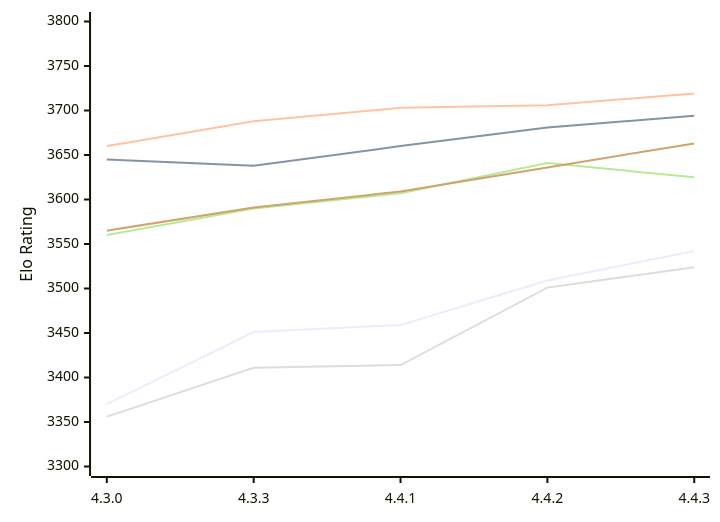
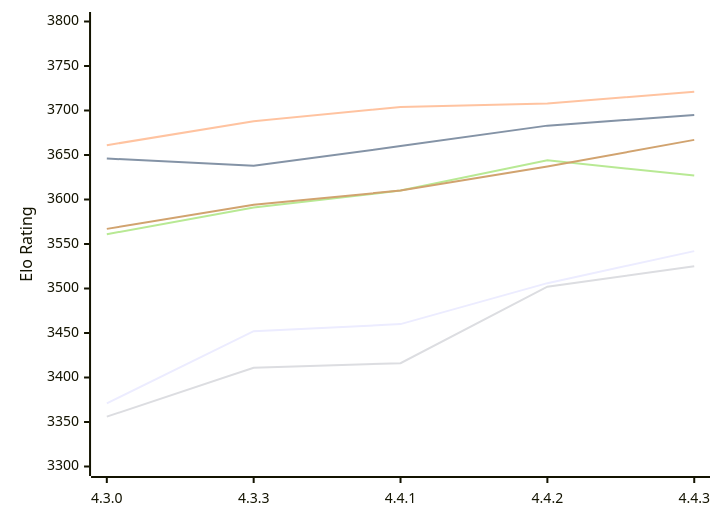
Before and after one commit to computer-chess-index/cci: the first of 2 diagrams in engines/Gaia.md, drawn with Mermaid. The commit also changed other lines of this file, not shown here.

Commit message:
Update CCI Ratings (ELO VLTC) - 2026-11-17

````diff
--- a/engines/Gaia.md
+++ b/engines/Gaia.md
@@ -61,12 +61,12 @@
 ```mermaid
 %%{init: {"theme":"base","themeVariables":{"seriesColors:['#a3a3a3','#222221','#faa371']}}}%%
 xychart-beta
   x-axis ["4.3.0", "4.3.3", "4.4.1", "4.4.2", "4.4.3"]
   y-axis "Elo Rating" 3300 --> 3800
-  line "E1: STC (8.0+0.08s)" [3370, 3451, 3459, 3509, 3542]
-  line "E1: LTC (60.0+0.60s)" [3645, 3638, 3660, 3681, 3694]
-  line "E1: VLTC (2m24s+1.12s)" [3660, 3688, 3703, 3706, 3719]
-  line "P1: STC (8.0+0.08s)" [3356, 3411, 3414, 3501, 3524]
-  line "P1: LTC (60.0+0.60s)" [3560, 3590, 3607, 3641, 3625]
-  line "P1: VLTC (2m24s+1.12s)" [3565, 3591, 3609, 3636, 3663]
+  line "E1: STC (8.0+0.08s)" [3371, 3452, 3460, 3506, 3542]
+  line "E1: LTC (60.0+0.60s)" [3646, 3638, 3660, 3683, 3695]
+  line "E1: VLTC (2m24s+1.12s)" [3661, 3688, 3704, 3708, 3721]
+  line "P1: STC (8.0+0.08s)" [3356, 3411, 3416, 3502, 3525]
+  line "P1: LTC (60.0+0.60s)" [3561, 3591, 3610, 3644, 3627]
+  line "P1: VLTC (2m24s+1.12s)" [3567, 3594, 3610, 3637, 3667]
 ```
````
